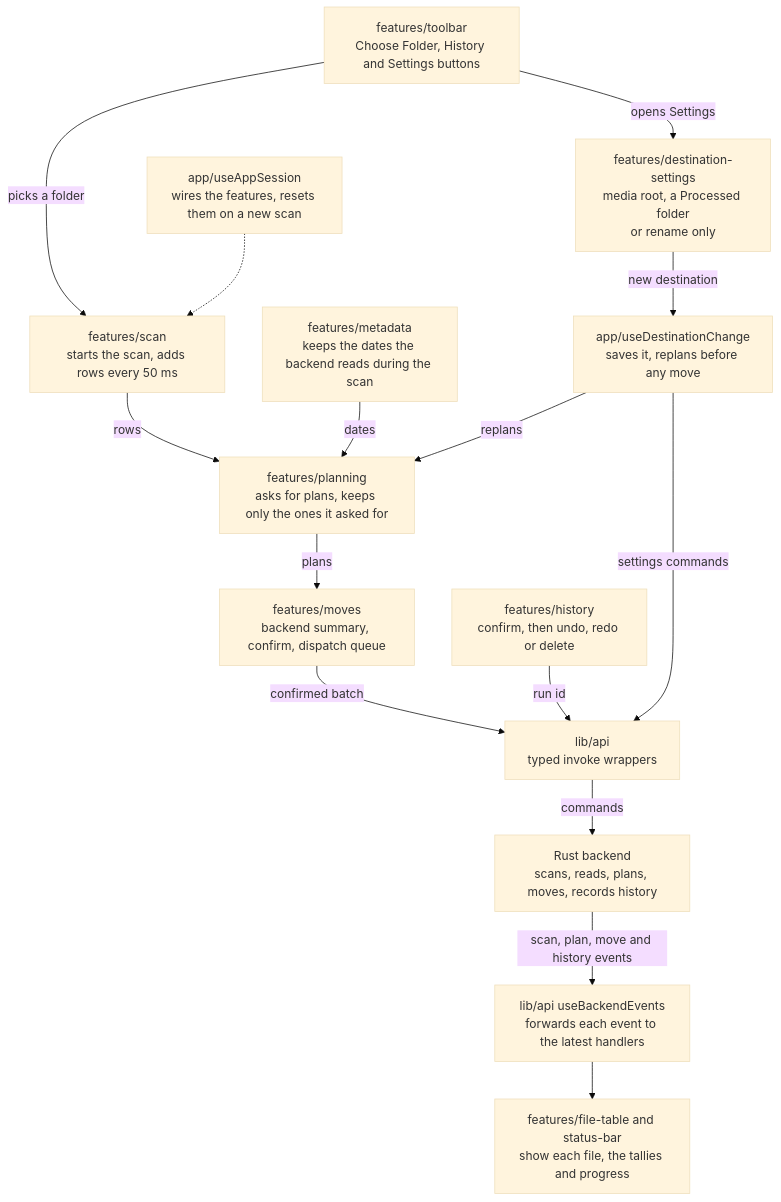
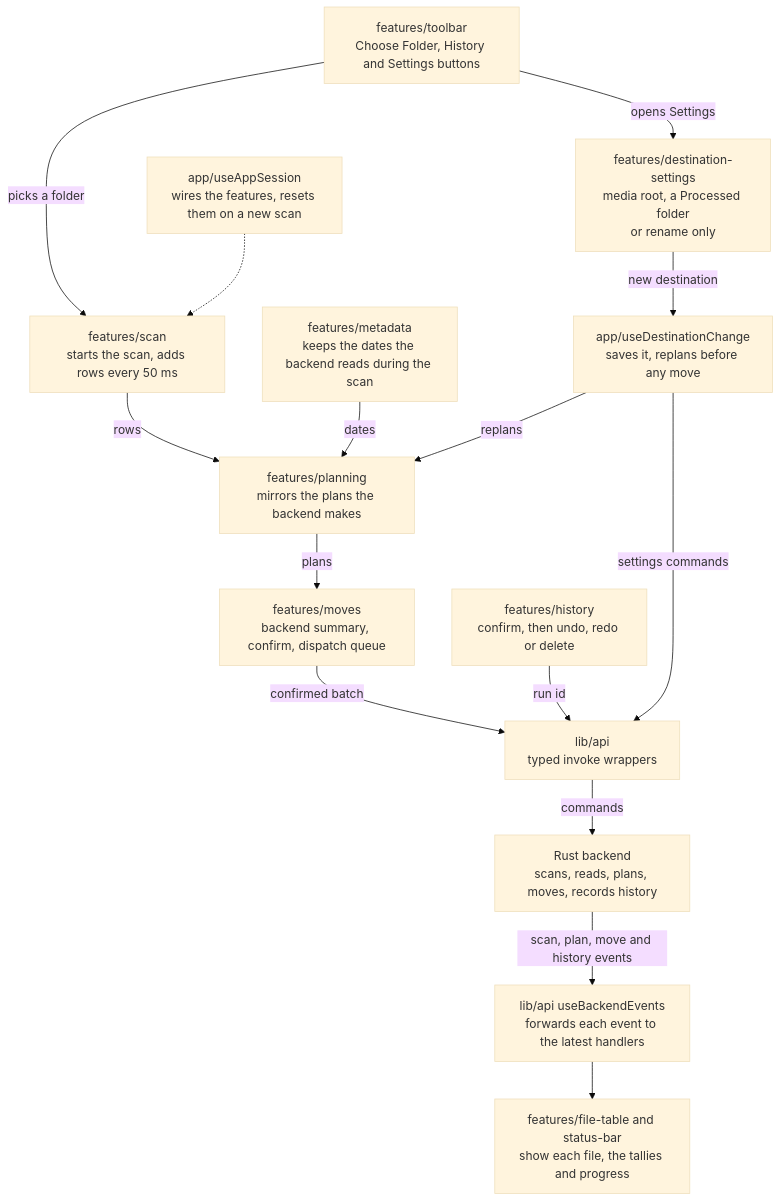
One commit to oleg-chibikov/media-organizer changed the second of 2 diagrams in src/README.md. Above: the diagram before and after it, drawn with Mermaid (base theme). The commit also changed other lines of this file and 59 other files, not shown here.

First line of the commit message:
feat: plan in Rust as dates arrive and mirror plans in the webview

````diff
--- a/src/README.md
+++ b/src/README.md
@@ -65,17 +65,17 @@
 ```mermaid
 flowchart TD
   toolbar["features/toolbar<br/>Choose Folder, History and Settings buttons"] -->|picks a folder| scanHook
   session["app/useAppSession<br/>wires the features, resets them on a new scan"] -.-> scanHook
   scanHook["features/scan<br/>starts the scan, adds rows every 50 ms"] -->|rows| plan
   meta["features/metadata<br/>keeps the dates the backend reads during the scan"] -->|dates| plan
-  plan["features/planning<br/>asks for plans, keeps only the ones it asked for"] -->|plans| moves
+  plan["features/planning<br/>mirrors the plans the backend makes"] -->|plans| moves
   moves["features/moves<br/>backend summary, confirm, dispatch queue"] -->|confirmed batch| api
   history["features/history<br/>confirm, then undo, redo or delete"] -->|run id| api
   toolbar -->|opens Settings| settings["features/destination-settings<br/>media root, a Processed folder<br/>or rename only"]
   settings -->|new destination| destChange["app/useDestinationChange<br/>saves it, replans before any move"]
   destChange -->|settings commands| api
   destChange -->|replans| plan
   api["lib/api<br/>typed invoke wrappers"] -->|commands| backend["Rust backend<br/>scans, reads, plans, moves, records history"]
   backend -->|"scan, plan, move and history events"| events["lib/api useBackendEvents<br/>forwards each event to the latest handlers"]
   events --> ui["features/file-table and status-bar<br/>show each file, the tallies and progress"]
 ```
````
